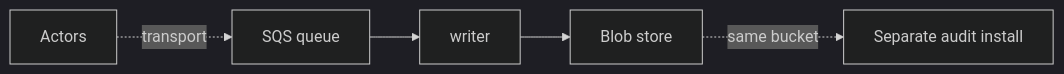
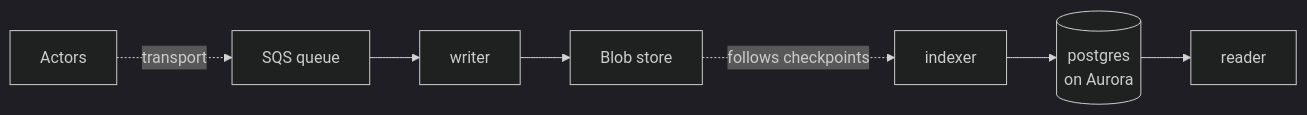
The second of 2 diagrams in docs/runtimes/serverless.md (truvity/sluis), drawn with Mermaid (dark theme) before and after one commit. The commit also changed other lines of this file and 15 other files, not shown here.

First line of the commit message:
docs: the site follows the audit records of 2026-10-31

````diff
--- a/docs/runtimes/serverless.md
+++ b/docs/runtimes/serverless.md
@@ -40,6 +40,7 @@
 ```mermaid
 flowchart LR
   actors["Actors"] -. "transport" .-> q["SQS queue"]
   q --> writer["writer"] --> blob["Blob store"]
-  blob -. "same bucket" .-> aud["Separate audit install"]
+  blob -. "follows checkpoints" .-> indexer["indexer"] --> idx[("postgres<br/>on Aurora")]
+  idx --> reader["reader"]
 ```
````
